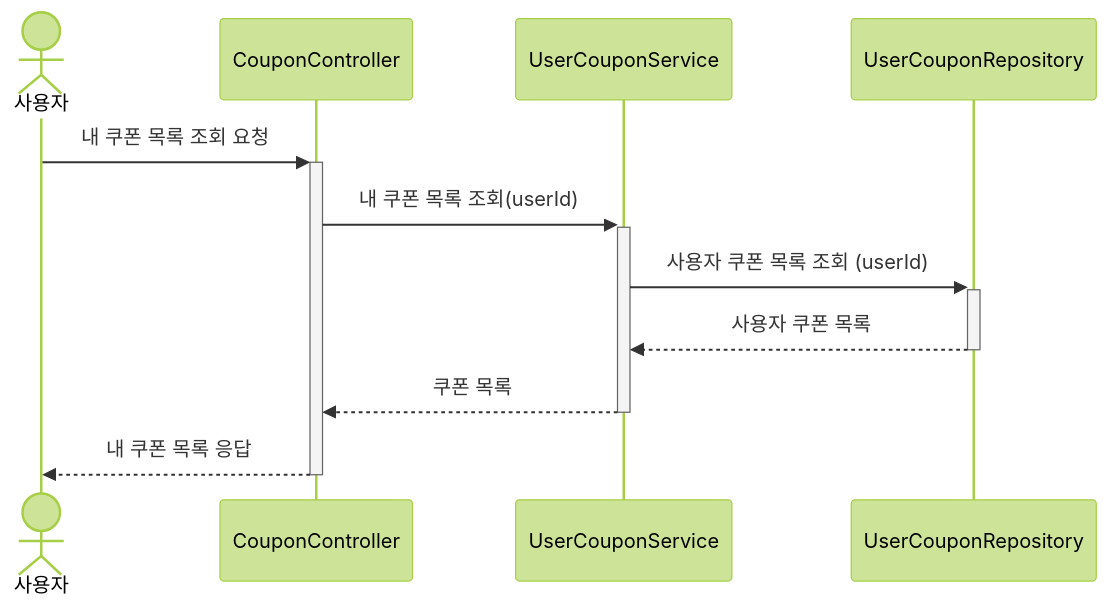
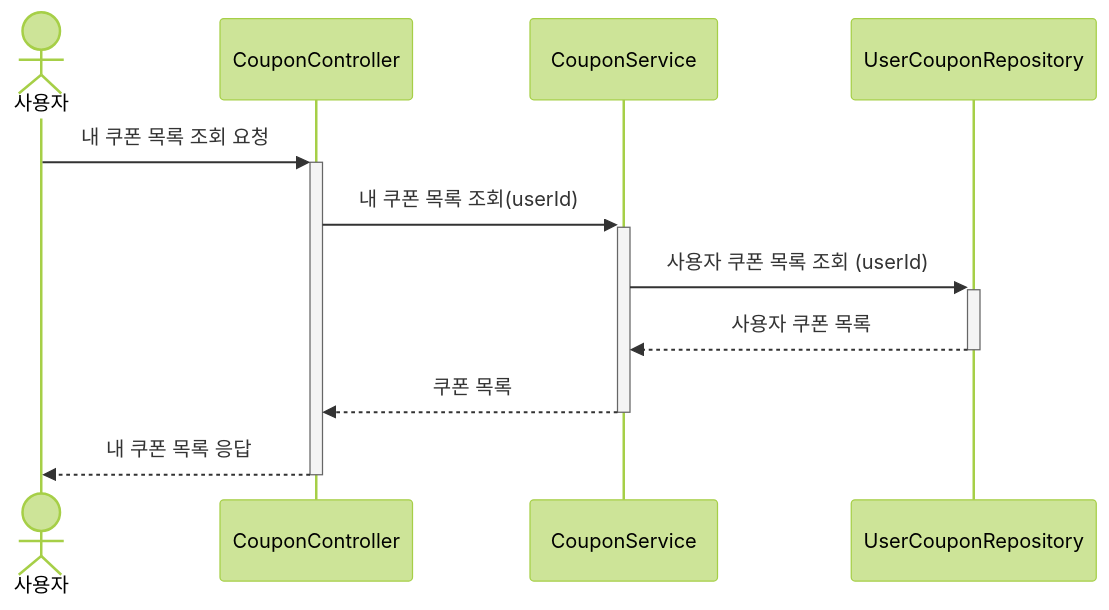
Before and after one commit to kimjunyoung90/loop-pack-be-l2-vol3-java: diagram 25 of 31 in docs/design/02-sequence-diagrams.md, drawn with Mermaid (forest theme). The commit also changed other lines of this file and 3 other files, not shown here.

````diff
--- a/docs/design/02-sequence-diagrams.md
+++ b/docs/design/02-sequence-diagrams.md
@@ -891,14 +942,14 @@
 ```mermaid
 sequenceDiagram
     actor User as 사용자
     participant CC as CouponController
-    participant UCS as UserCouponService
+    participant CS as CouponService
     participant UCR as UserCouponRepository
 
     User->>+CC: 내 쿠폰 목록 조회 요청
-    CC->>+UCS: 내 쿠폰 목록 조회(userId)
-    UCS->>+UCR: 사용자 쿠폰 목록 조회 (userId)
-    UCR-->>-UCS: 사용자 쿠폰 목록
-    UCS-->>-CC: 쿠폰 목록
+    CC->>+CS: 내 쿠폰 목록 조회(userId)
+    CS->>+UCR: 사용자 쿠폰 목록 조회 (userId)
+    UCR-->>-CS: 사용자 쿠폰 목록
+    CS-->>-CC: 쿠폰 목록
     CC-->>-User: 내 쿠폰 목록 응답
 ```
````
